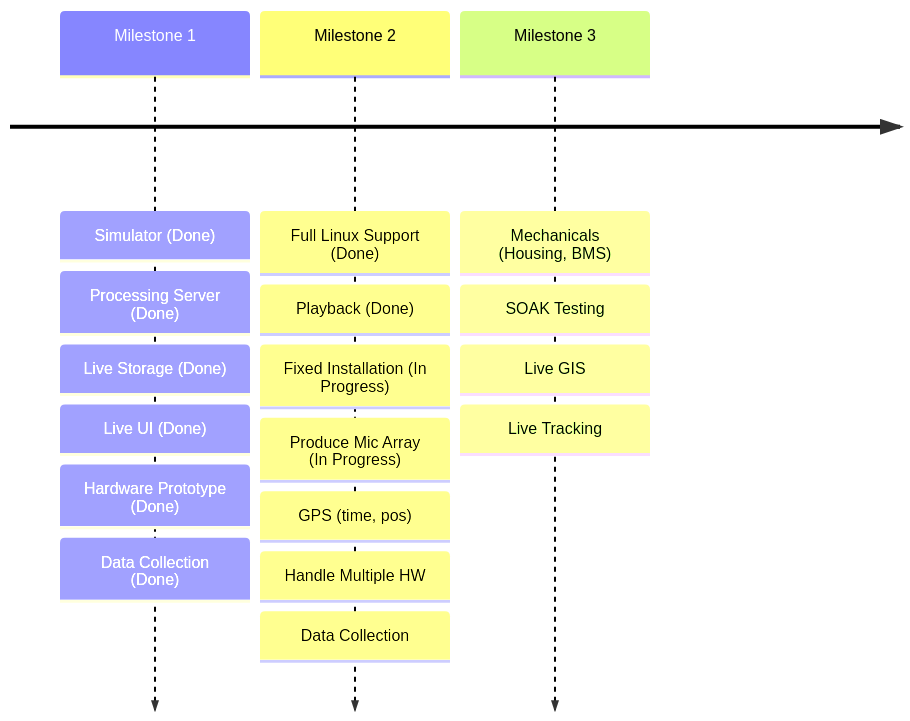
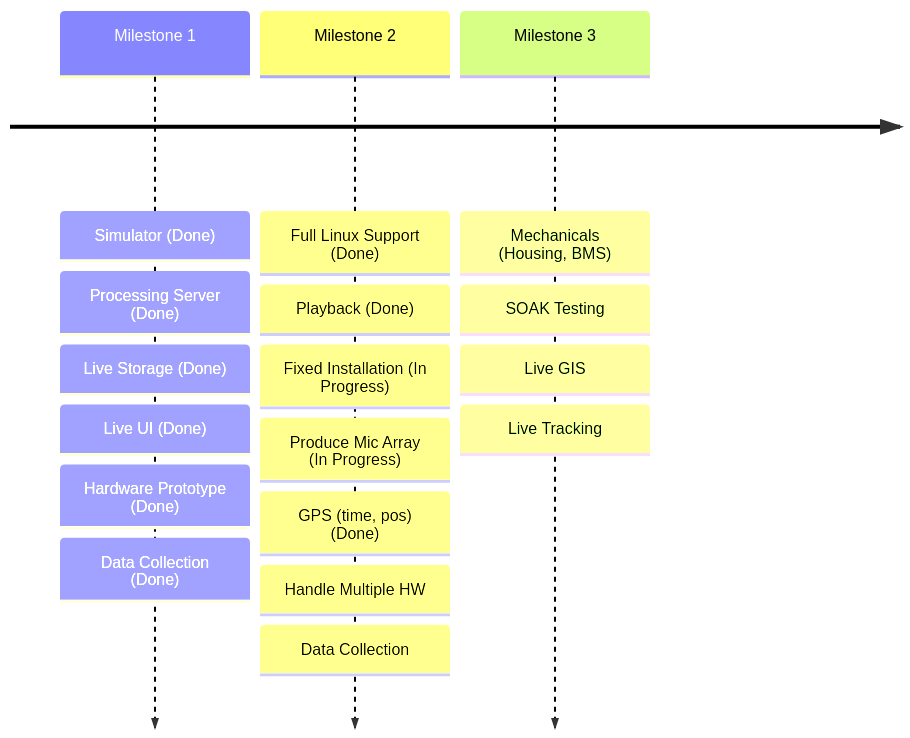
The second of 2 diagrams in profile/README.md (Sense-Scape/.github), drawn with Mermaid before and after one commit.

````diff
--- a/profile/README.md
+++ b/profile/README.md
@@ -54,8 +54,8 @@
 ``` mermaid
 
 timeline
     Milestone 1 : Simulator (Done) : Processing Server (Done) : Live Storage (Done) : Live UI (Done) : Hardware Prototype (Done) : Data Collection (Done)
-    Milestone 2 : Full Linux Support (Done) : Playback (Done) : Fixed Installation (In Progress) : Produce Mic Array (In Progress)  : GPS (time, pos) : Handle Multiple HW : Data Collection
+    Milestone 2 : Full Linux Support (Done) : Playback (Done) : Fixed Installation (In Progress) : Produce Mic Array (In Progress)  : GPS (time, pos) (Done) : Handle Multiple HW : Data Collection
     Milestone 3 : Mechanicals (Housing, BMS) : SOAK Testing : Live GIS : Live Tracking
 
 ```
````
